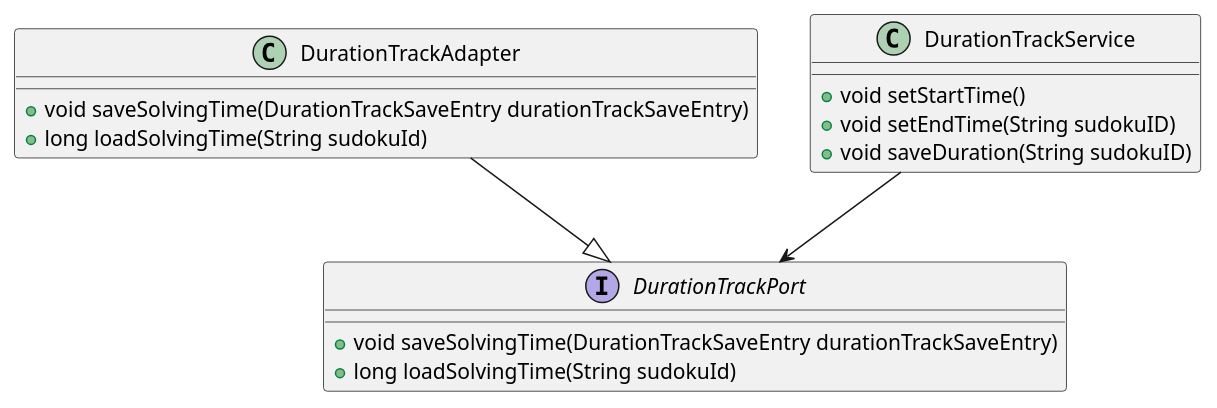
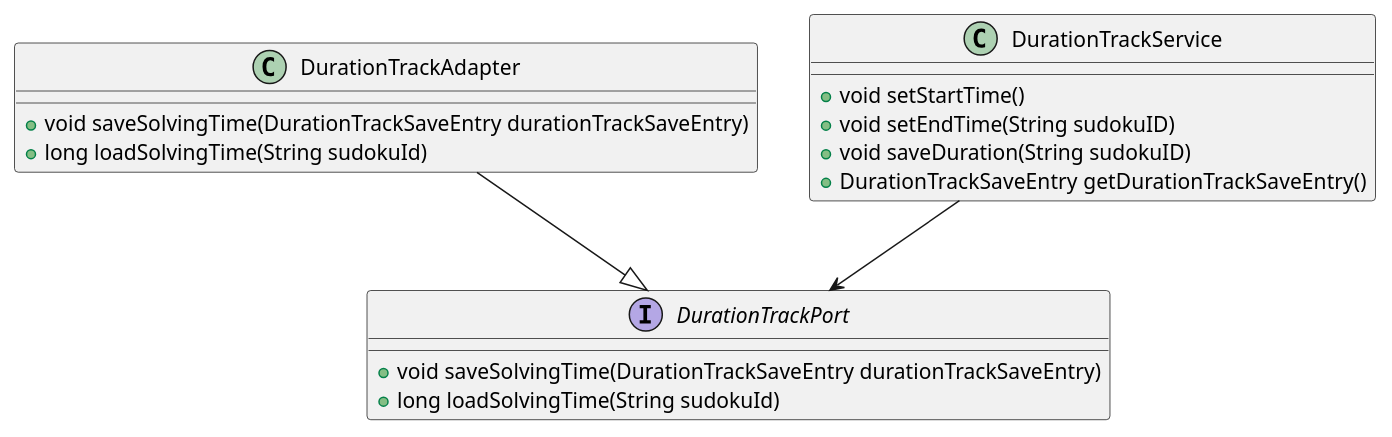
Before and after one commit to mohjohfox/cli-sudoku: the diagram in uml/solid/dip_2.puml, drawn with PlantUML. The commit also changed 15 other files, not shown here.

```diff
--- a/uml/solid/dip_2.puml
+++ b/uml/solid/dip_2.puml
@@ -1,20 +1,21 @@
 @startuml
 interface DurationTrackPort {
    + void saveSolvingTime(DurationTrackSaveEntry durationTrackSaveEntry)
    + long loadSolvingTime(String sudokuId)
 }
 
 class DurationTrackAdapter {
     + void saveSolvingTime(DurationTrackSaveEntry durationTrackSaveEntry)
     + long loadSolvingTime(String sudokuId)
 }
 
 class DurationTrackService {
     + void setStartTime()
     + void setEndTime(String sudokuID)
     + void saveDuration(String sudokuID)
+	+ DurationTrackSaveEntry getDurationTrackSaveEntry()
 }
 
 DurationTrackAdapter --|> DurationTrackPort
 DurationTrackService --> DurationTrackPort
 @enduml
```
